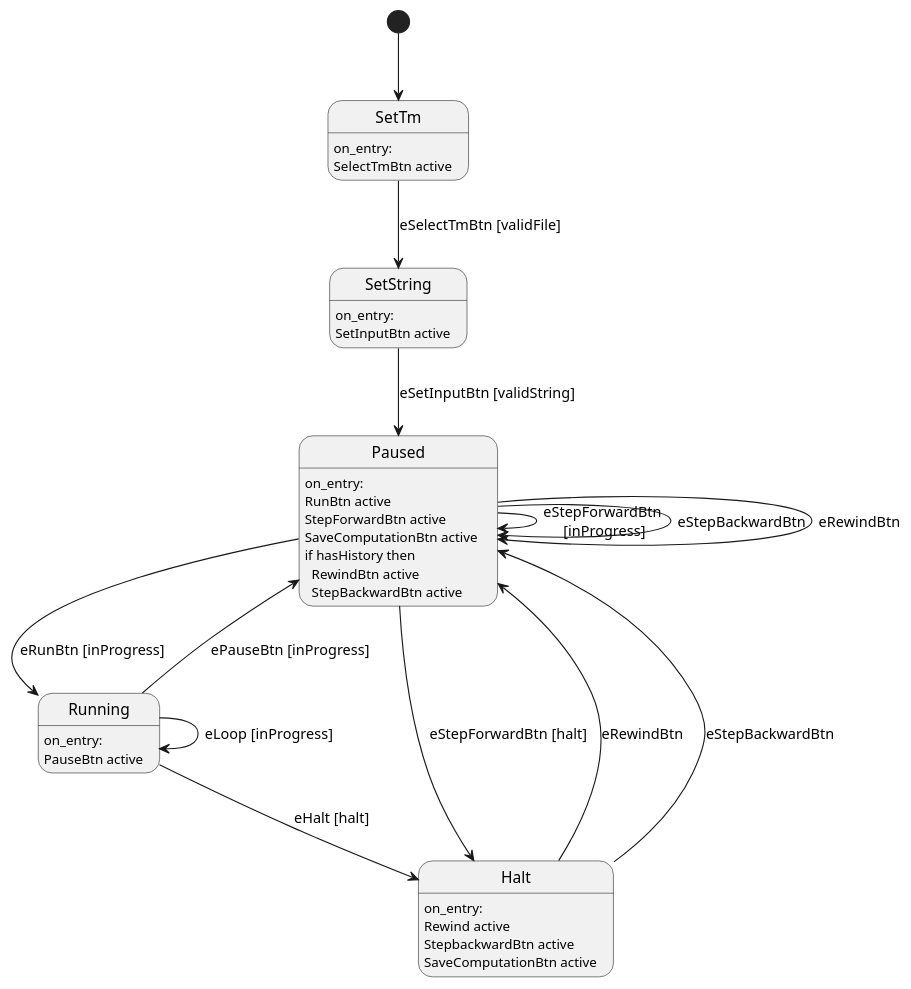
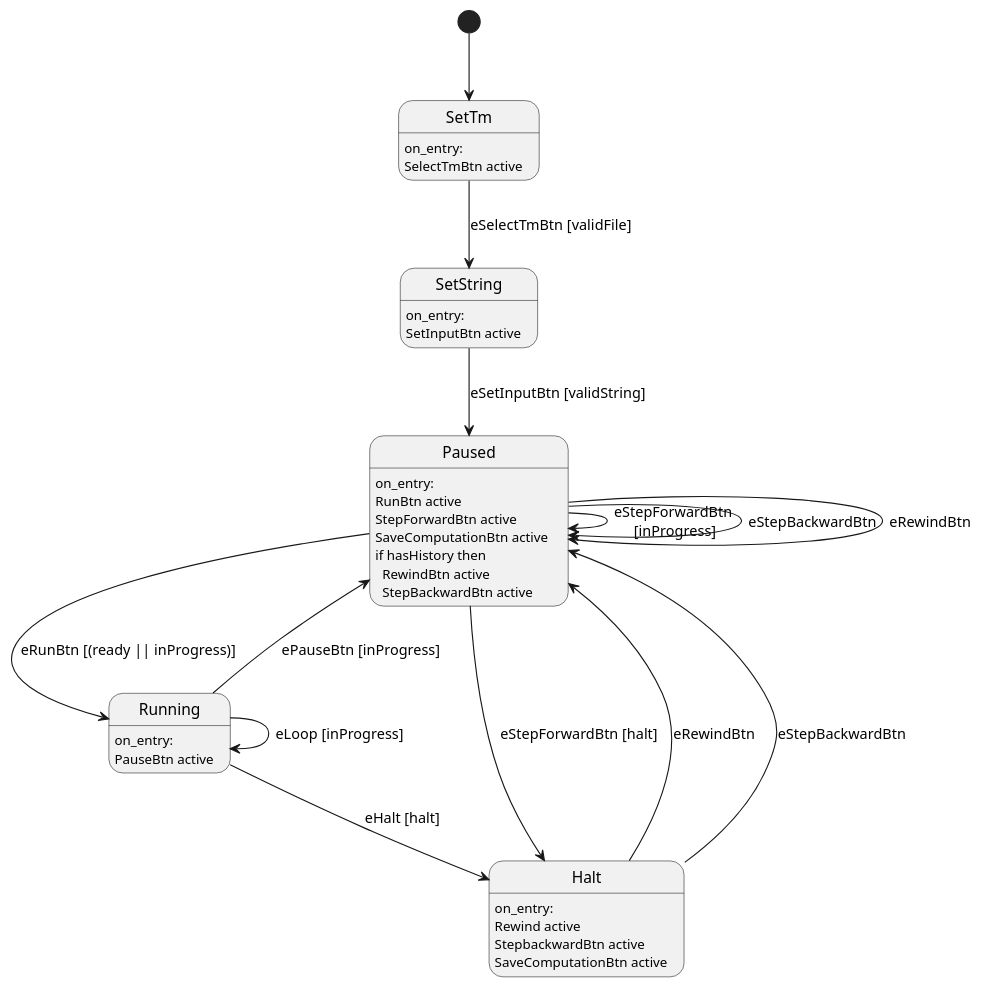
One commit to bcookOh1/TuringMachineSimulator changed the diagram in simulator/state.puml. Above: the diagram before and after it, drawn with PlantUML. The commit also changed other lines of this file, not shown here.

Commit message:
fix running guard

```diff
--- a/simulator/state.puml
+++ b/simulator/state.puml
@@ -34,29 +3,29 @@
 @startuml GUI Button Enables
 
 
 [*] --> SetTm 
 SetTm --> SetString : eSelectTmBtn [validFile]
 SetTm : on_entry: \nSelectTmBtn active  
 
 SetString : on_entry: \nSetInputBtn active  
 
 SetString --> Paused : eSetInputBtn [validString]
-Paused --> Running : eRunBtn [inProgress] 
+Paused --> Running : eRunBtn [(ready || inProgress)] 
 Paused : on_entry: \nRunBtn active \nStepForwardBtn active \nSaveComputationBtn active \nif hasHistory then \n  RewindBtn active \n  StepBackwardBtn active 
 
 Paused --> Paused : eStepForwardBtn \n[inProgress]
 Paused --> Halt : eStepForwardBtn [halt]
 Paused --> Paused : eStepBackwardBtn
 Paused --> Paused : eRewindBtn
 
 Running --> Paused : ePauseBtn [inProgress]
 Running --> Running : eLoop [inProgress]
 Running --> Halt : eHalt [halt]
 Running : on_entry: \nPauseBtn active 
 
 Halt : on_entry: \nRewind active \nStepbackwardBtn active \nSaveComputationBtn active
 
 Halt --> Paused : eRewindBtn
 Halt --> Paused : eStepBackwardBtn
 
 @enduml
```
